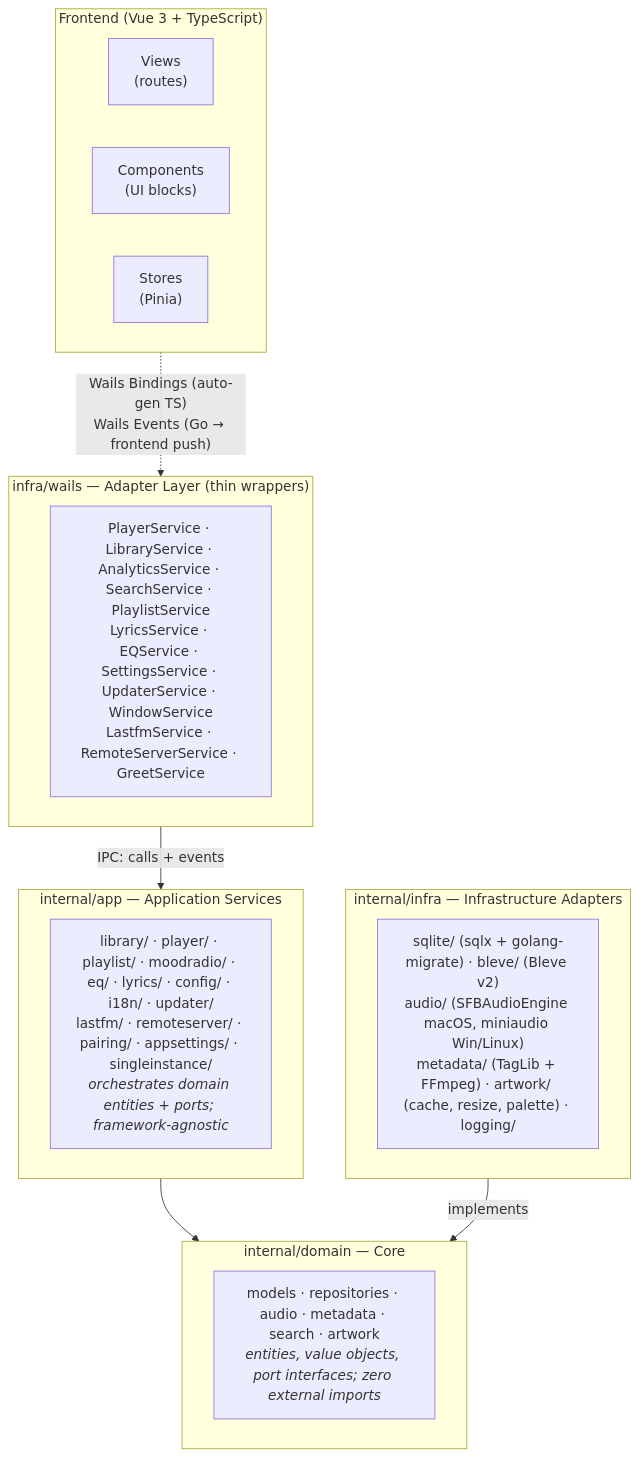
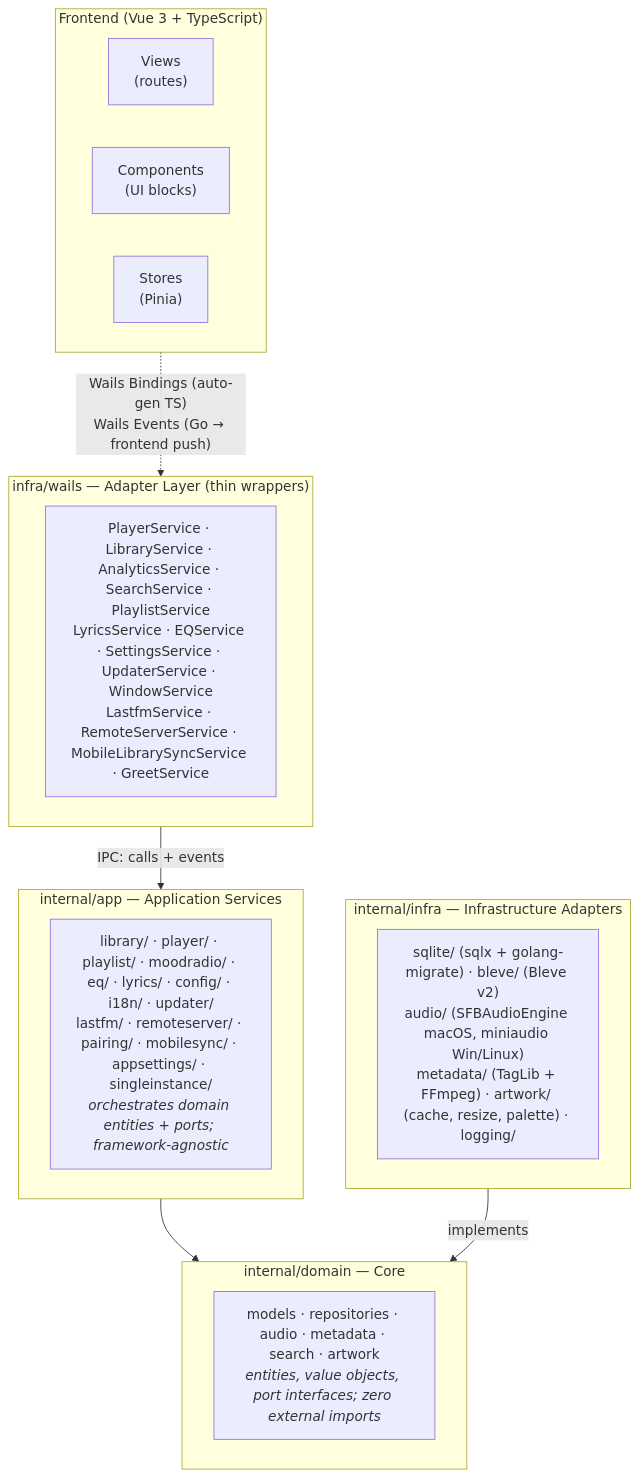
The first of 2 diagrams in catalog/architecture/README.md (misa198/airmedy), drawn with Mermaid before and after one commit. The commit also changed 65 other files, not shown here.

Commit message:
feat(sync): sync libary to mobile

````diff
--- a/catalog/architecture/README.md
+++ b/catalog/architecture/README.md
@@ -9,30 +9,30 @@
 ```mermaid
 flowchart TB
     subgraph FE["Frontend (Vue 3 + TypeScript)"]
         direction LR
         Views["Views<br/>(routes)"]
         Comps["Components<br/>(UI blocks)"]
         Stores["Stores<br/>(Pinia)"]
     end
     FE -.->|"Wails Bindings (auto-gen TS)<br/>Wails Events (Go → frontend push)"| WAILS
 
     subgraph WAILS["infra/wails — Adapter Layer (thin wrappers)"]
-        Adapters["PlayerService · LibraryService · AnalyticsService · SearchService · PlaylistService<br/>LyricsService · EQService · SettingsService · UpdaterService · WindowService<br/>LastfmService · RemoteServerService · GreetService"]
+        Adapters["PlayerService · LibraryService · AnalyticsService · SearchService · PlaylistService<br/>LyricsService · EQService · SettingsService · UpdaterService · WindowService<br/>LastfmService · RemoteServerService · MobileLibrarySyncService · GreetService"]
     end
 
     subgraph APP["internal/app — Application Services"]
-        AppSvc["library/ · player/ · playlist/ · moodradio/ · eq/ · lyrics/ · config/ · i18n/ · updater/<br/>lastfm/ · remoteserver/ · pairing/ · appsettings/ · singleinstance/<br/><i>orchestrates domain entities + ports; framework-agnostic</i>"]
+        AppSvc["library/ · player/ · playlist/ · moodradio/ · eq/ · lyrics/ · config/ · i18n/ · updater/<br/>lastfm/ · remoteserver/ · pairing/ · mobilesync/ · appsettings/ · singleinstance/<br/><i>orchestrates domain entities + ports; framework-agnostic</i>"]
     end
 
     subgraph DOMAIN["internal/domain — Core"]
         Dom["models · repositories · audio · metadata · search · artwork<br/><i>entities, value objects, port interfaces; zero external imports</i>"]
     end
 
     subgraph INFRA["internal/infra — Infrastructure Adapters"]
         Inf["sqlite/ (sqlx + golang-migrate) · bleve/ (Bleve v2)<br/>audio/ (SFBAudioEngine macOS, miniaudio Win/Linux)<br/>metadata/ (TagLib + FFmpeg) · artwork/ (cache, resize, palette) · logging/"]
     end
 
     WAILS -->|"IPC: calls + events"| APP
     APP --> DOMAIN
     INFRA -->|implements| DOMAIN
 ```
````
